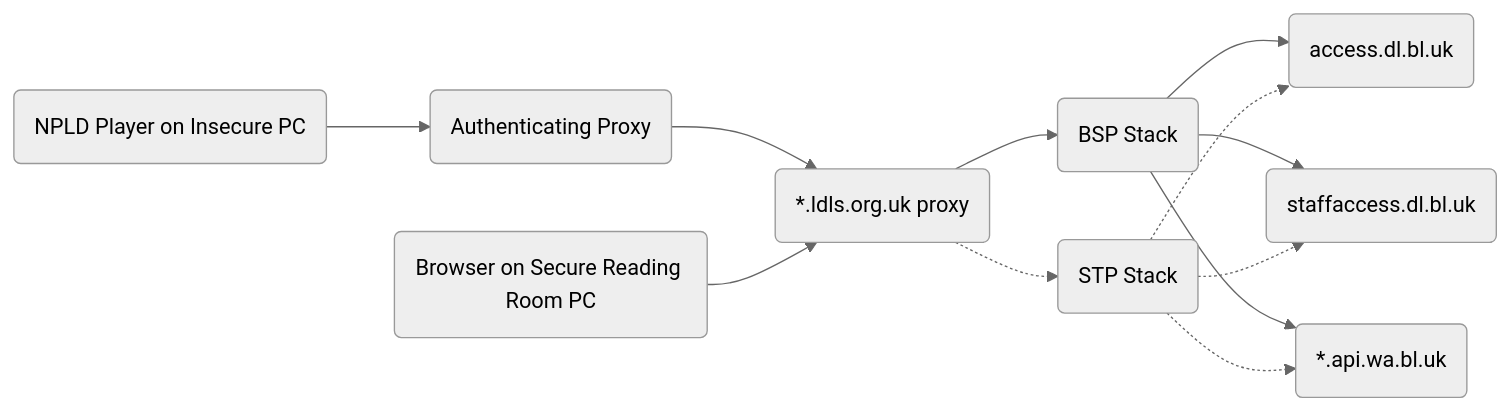
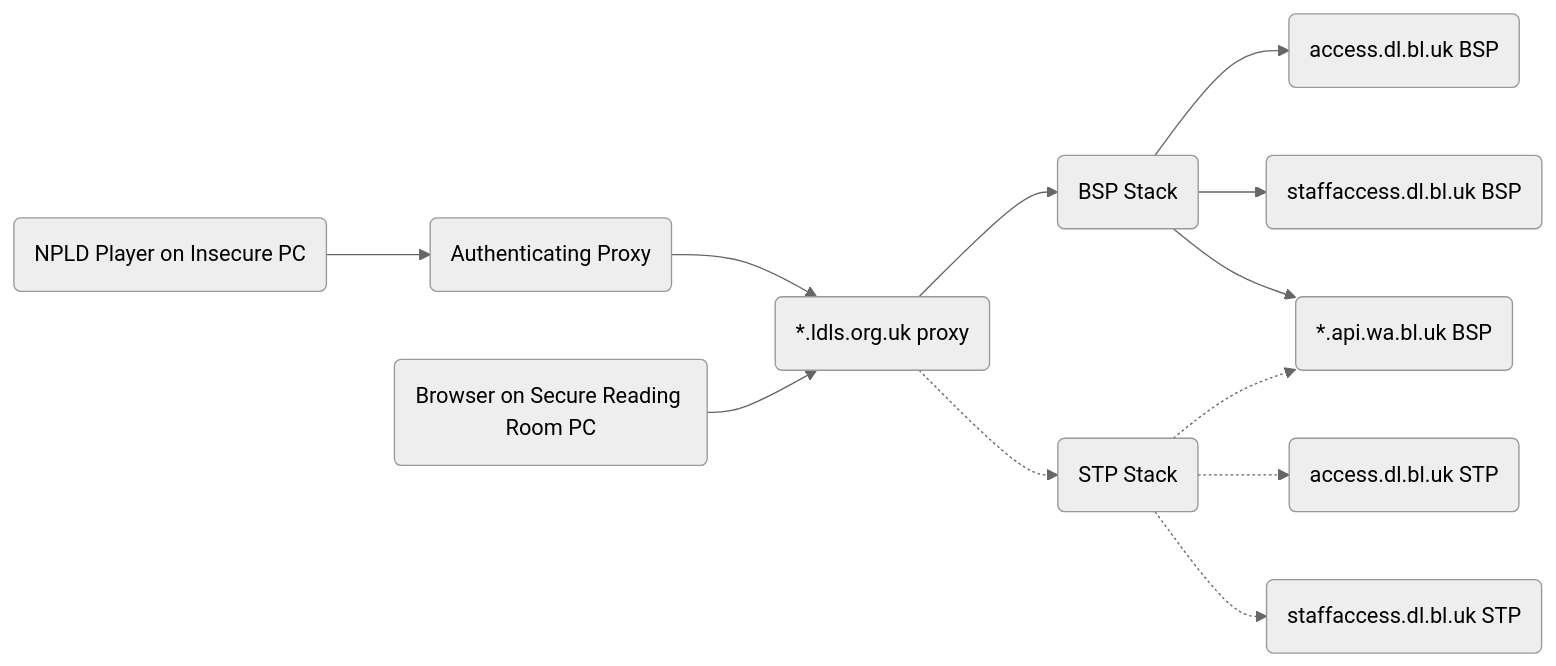
Before and after one commit to ukwa/npld-access-stack: the diagram in README.md, drawn with Mermaid (neutral theme). The commit also changed other lines of this file, not shown here.

````diff
--- a/README.md
+++ b/README.md
@@ -49,18 +49,18 @@
 ```mermaid
 graph LR;
   NP(NPLD Player on Insecure PC) --> AP(Authenticating Proxy);
   AP --> LDL;
 
   WB(Browser on Secure Reading Room PC) --> LDL;
 
   LDL(*.ldls.org.uk proxy) --> S1(BSP Stack);
   LDL -.-> S2(STP Stack);
 
-  S1 --> DA(access.dl.bl.uk)
-  S1 --> DS(staffaccess.dl.bl.uk)
-  S1 --> UKWA(*.api.wa.bl.uk)
+  S1 --> DA(access.dl.bl.uk BSP)
+  S1 --> DS(staffaccess.dl.bl.uk BSP)
+  S1 --> UKWA(*.api.wa.bl.uk BSP)
   
-  S2 -.-> DA(access.dl.bl.uk)
-  S2 -.-> DS(staffaccess.dl.bl.uk)
-  S2 -.-> UKWA(*.api.wa.bl.uk)
+  S2 -.-> DA2(access.dl.bl.uk STP)
+  S2 -.-> DS2(staffaccess.dl.bl.uk STP)
+  S2 -.-> UKWA
 ```
````
